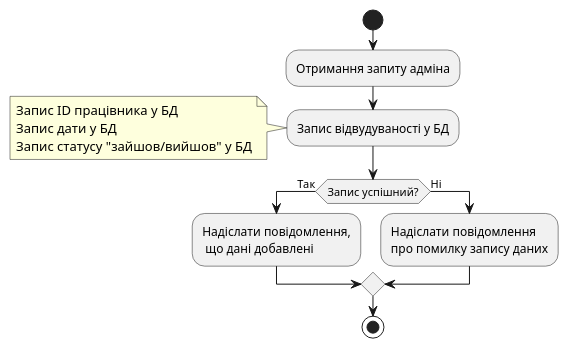
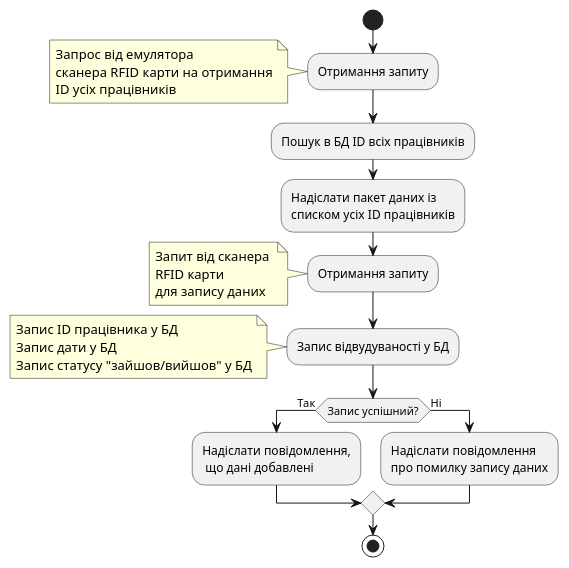
Before and after one commit to kzlk/PayrollEmployeeSystem: the diagram in Labs/Lab#1/Project/UML/ServerSide/attendance.puml, drawn with PlantUML. The commit also changed 112 other files, not shown here.

```diff
--- a/Labs/Lab#1/Project/UML/ServerSide/attendance.puml
+++ b/Labs/Lab#1/Project/UML/ServerSide/attendance.puml
@@ -1,12 +1,17 @@
 @startuml
 start 
-    :Отримання запиту адміна;
+    :Отримання запиту; 
+    note left: Запрос від емулятора \nсканера RFID карти на отримання\nID усіх працівників
+    :Пошук в БД ID всіх працівників;
+    :Надіслати пакет даних із \nсписком усіх ID працівників;
+    :Отримання запиту; 
+    note left: Запит від сканера \nRFID карти \nдля запису даних
     :Запис відвудуваності у БД;
     note left: Запис ID працівника у БД\nЗапис дати у БД\nЗапис статусу "зайшов/вийшов" у БД
      if(Запис успішний?) then (Так)
      :Надіслати повідомлення,\n що дані добавлені;
      else (Ні)
      :Надіслати повідомлення\nпро помилку запису даних;
      endif
 stop
 @enduml
```
